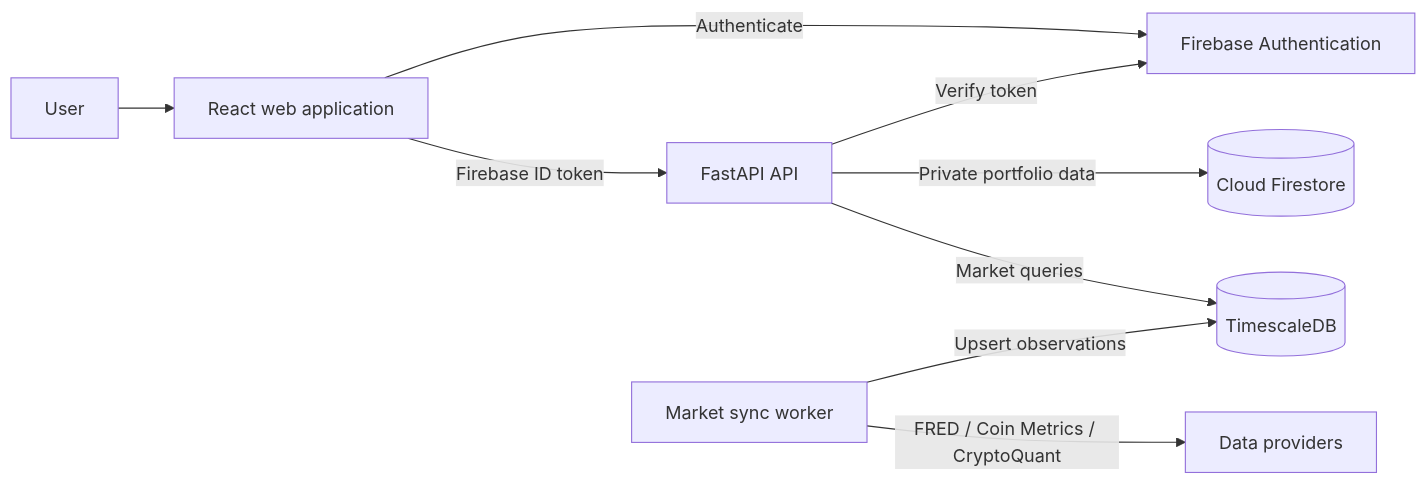
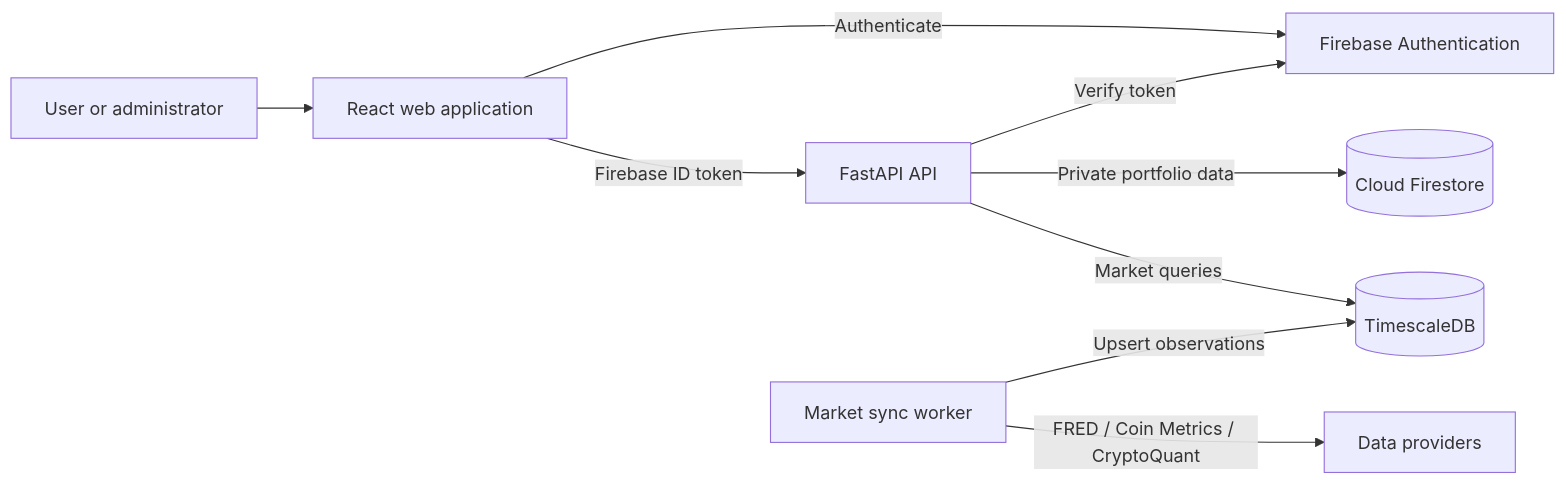
The diagram in README.md (mocaales/macroverse), drawn with Mermaid before and after one commit. The commit also changed other lines of this file and 33 other files, not shown here.

````diff
--- a/README.md
+++ b/README.md
@@ -43,11 +44,11 @@
 ```mermaid
 flowchart LR
-    User[User] --> Web[React web application]
+    User[User or administrator] --> Web[React web application]
     Web -->|Authenticate| FirebaseAuth[Firebase Authentication]
     Web -->|Firebase ID token| API[FastAPI API]
     API -->|Verify token| FirebaseAuth
     API -->|Private portfolio data| Firestore[(Cloud Firestore)]
     API -->|Market queries| Timescale[(TimescaleDB)]
     Worker[Market sync worker] -->|FRED / Coin Metrics / CryptoQuant| Providers[Data providers]
     Worker -->|Upsert observations| Timescale
 ```
````
